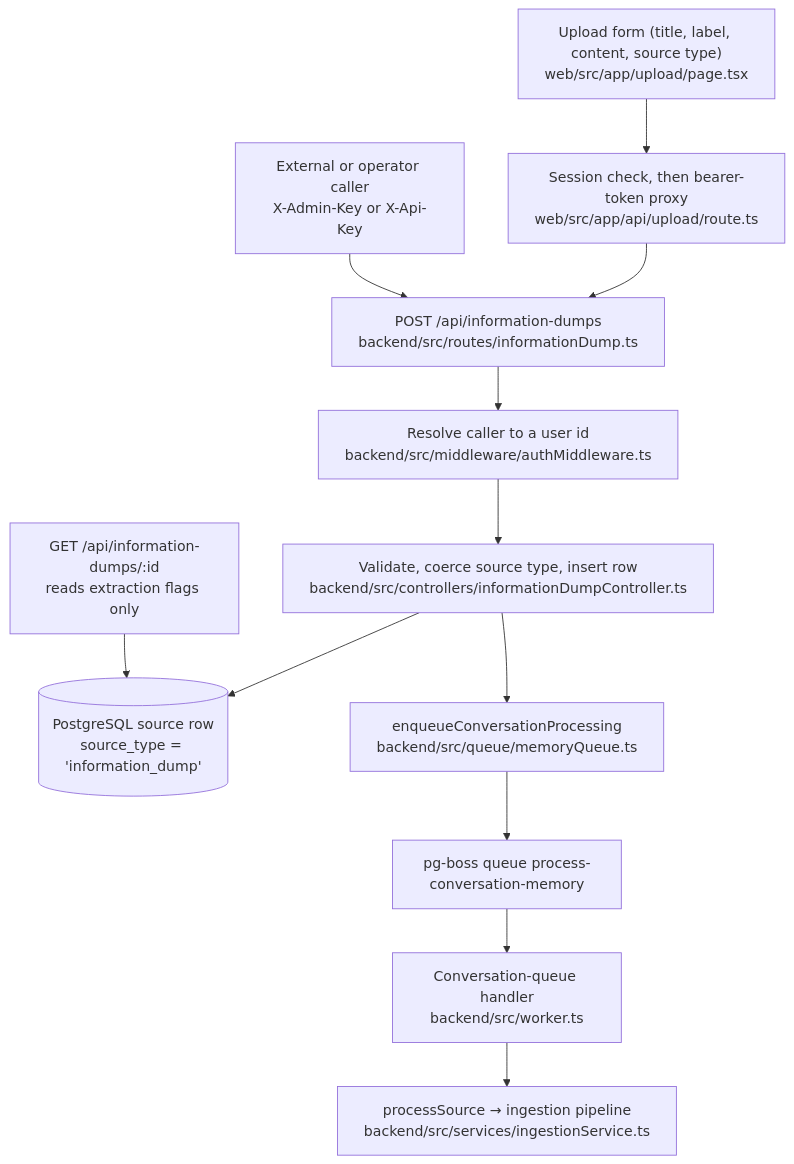
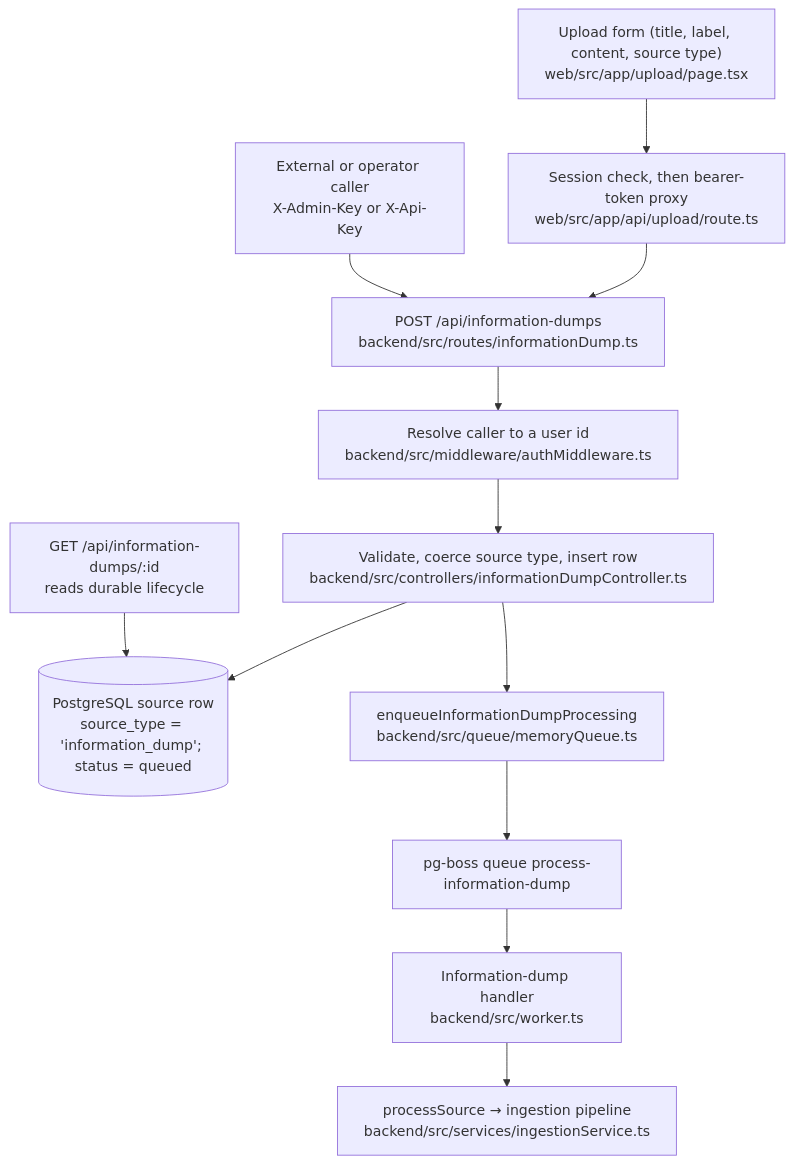
The diagram in .crouter/memory/arch/information-dumps.md (CaptainCrouton89/Saturn), drawn with Mermaid before and after one commit. The commit also changed other lines of this file and 22 other files, not shown here.

````diff
--- a/.crouter/memory/arch/information-dumps.md
+++ b/.crouter/memory/arch/information-dumps.md
@@ -46,14 +46,14 @@
 ```mermaid
 flowchart TD
     W1["Upload form (title, label, content, source type)<br/>web/src/app/upload/page.tsx"] --> W2["Session check, then bearer-token proxy<br/>web/src/app/api/upload/route.ts"]
     W2 --> R["POST /api/information-dumps<br/>backend/src/routes/informationDump.ts"]
     X["External or operator caller<br/>X-Admin-Key or X-Api-Key"] --> R
     R --> M["Resolve caller to a user id<br/>backend/src/middleware/authMiddleware.ts"]
     M --> C["Validate, coerce source type, insert row<br/>backend/src/controllers/informationDumpController.ts"]
-    C --> DB[("PostgreSQL source row<br/>source_type = 'information_dump'")]
-    C --> Q["enqueueConversationProcessing<br/>backend/src/queue/memoryQueue.ts"]
-    Q --> K["pg-boss queue process-conversation-memory"]
-    K --> WK["Conversation-queue handler<br/>backend/src/worker.ts"]
+    C --> DB[("PostgreSQL source row<br/>source_type = 'information_dump'; status = queued")]
+    C --> Q["enqueueInformationDumpProcessing<br/>backend/src/queue/memoryQueue.ts"]
+    Q --> K["pg-boss queue process-information-dump"]
+    K --> WK["Information-dump handler<br/>backend/src/worker.ts"]
     WK --> P["processSource → ingestion pipeline<br/>backend/src/services/ingestionService.ts"]
-    S["GET /api/information-dumps/:id<br/>reads extraction flags only"] --> DB
+    S["GET /api/information-dumps/:id<br/>reads durable lifecycle"] --> DB
 ```
````
